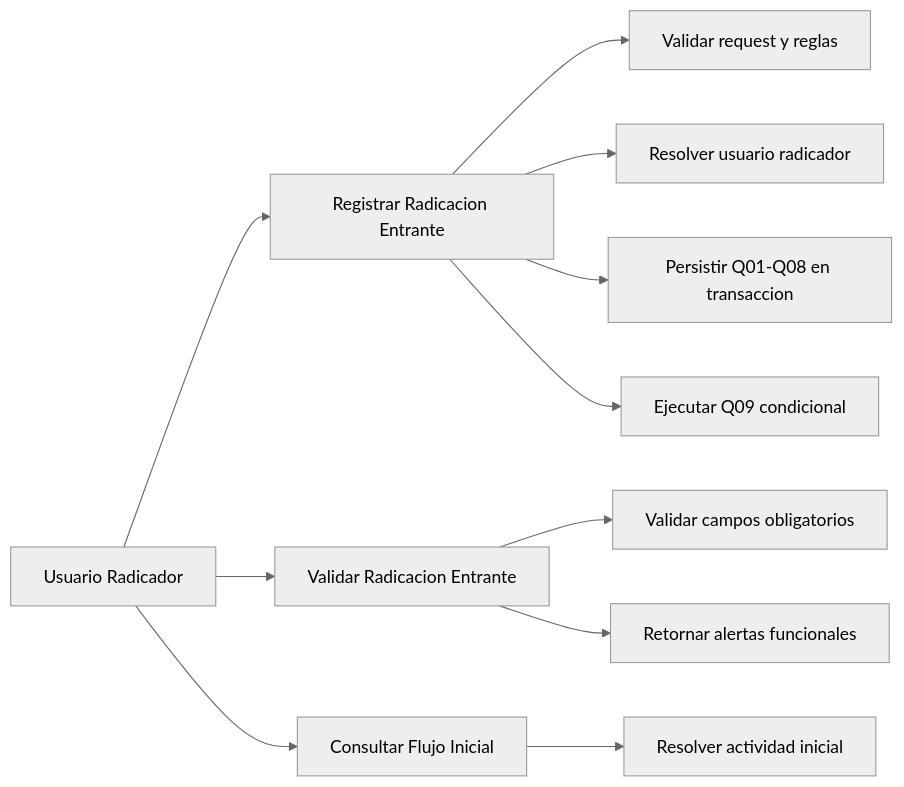
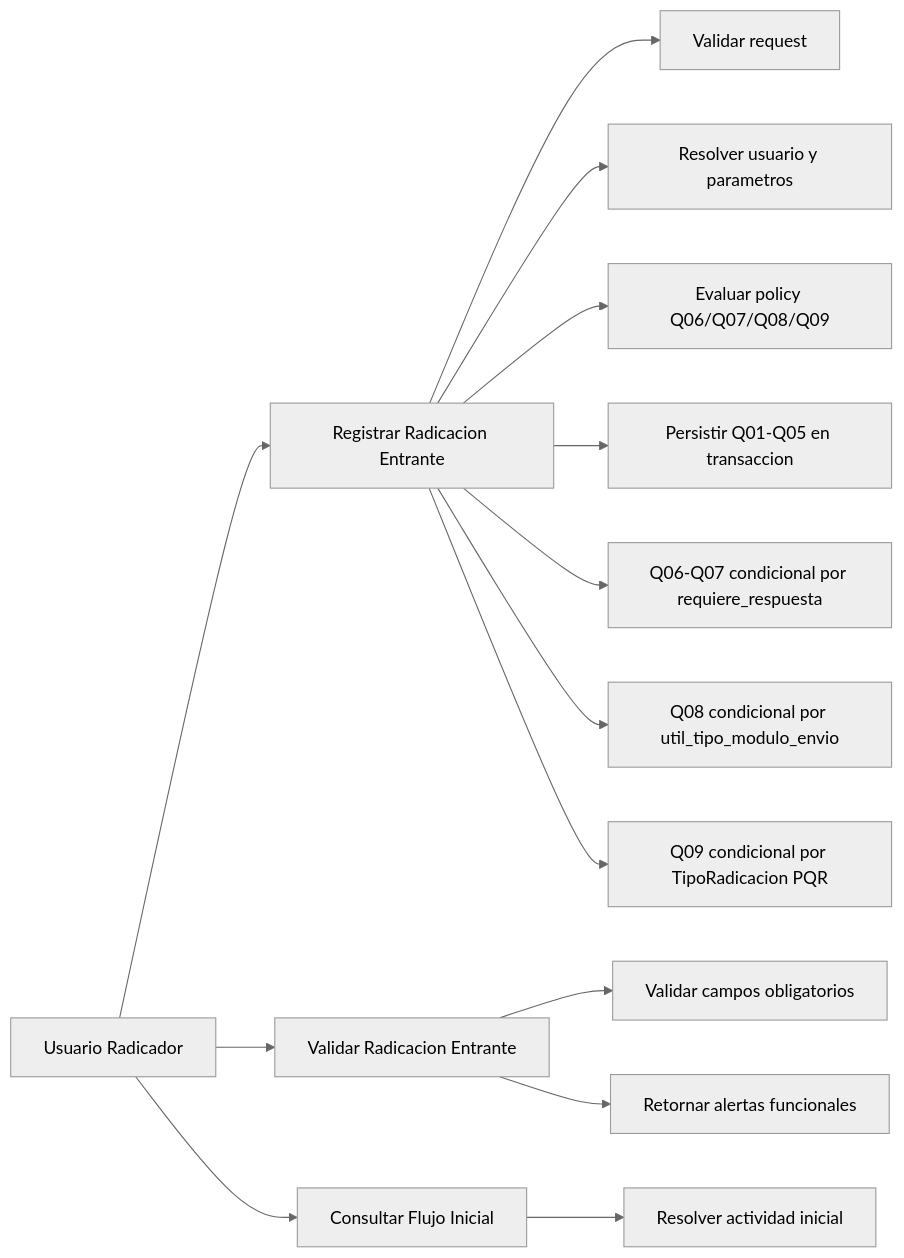
The diagram in Docs/Radicacion/Tramite/SCRUM-42/02-diagrama-casos-uso.md (miguelurueta/DocuArchiCore), drawn with Mermaid (neutral theme) before and after one commit. The commit also changed 19 other files, not shown here.

````diff
--- a/Docs/Radicacion/Tramite/SCRUM-42/02-diagrama-casos-uso.md
+++ b/Docs/Radicacion/Tramite/SCRUM-42/02-diagrama-casos-uso.md
@@ -3,16 +3,19 @@
 ```mermaid
 flowchart LR
     U[Usuario Radicador] --> CU1[Registrar Radicacion Entrante]
     U --> CU2[Validar Radicacion Entrante]
     U --> CU3[Consultar Flujo Inicial]
 
-    CU1 --> R1[Validar request y reglas]
-    CU1 --> R2[Resolver usuario radicador]
-    CU1 --> R3[Persistir Q01-Q08 en transaccion]
-    CU1 --> R4[Ejecutar Q09 condicional]
+    CU1 --> R1[Validar request]
+    CU1 --> R2[Resolver usuario y parametros]
+    CU1 --> R3[Evaluar policy Q06/Q07/Q08/Q09]
+    CU1 --> R4[Persistir Q01-Q05 en transaccion]
+    CU1 --> R5[Q06-Q07 condicional por requiere_respuesta]
+    CU1 --> R6[Q08 condicional por util_tipo_modulo_envio]
+    CU1 --> R7[Q09 condicional por TipoRadicacion PQR]
 
     CU2 --> V1[Validar campos obligatorios]
     CU2 --> V2[Retornar alertas funcionales]
 
     CU3 --> F1[Resolver actividad inicial]
 ```
````
